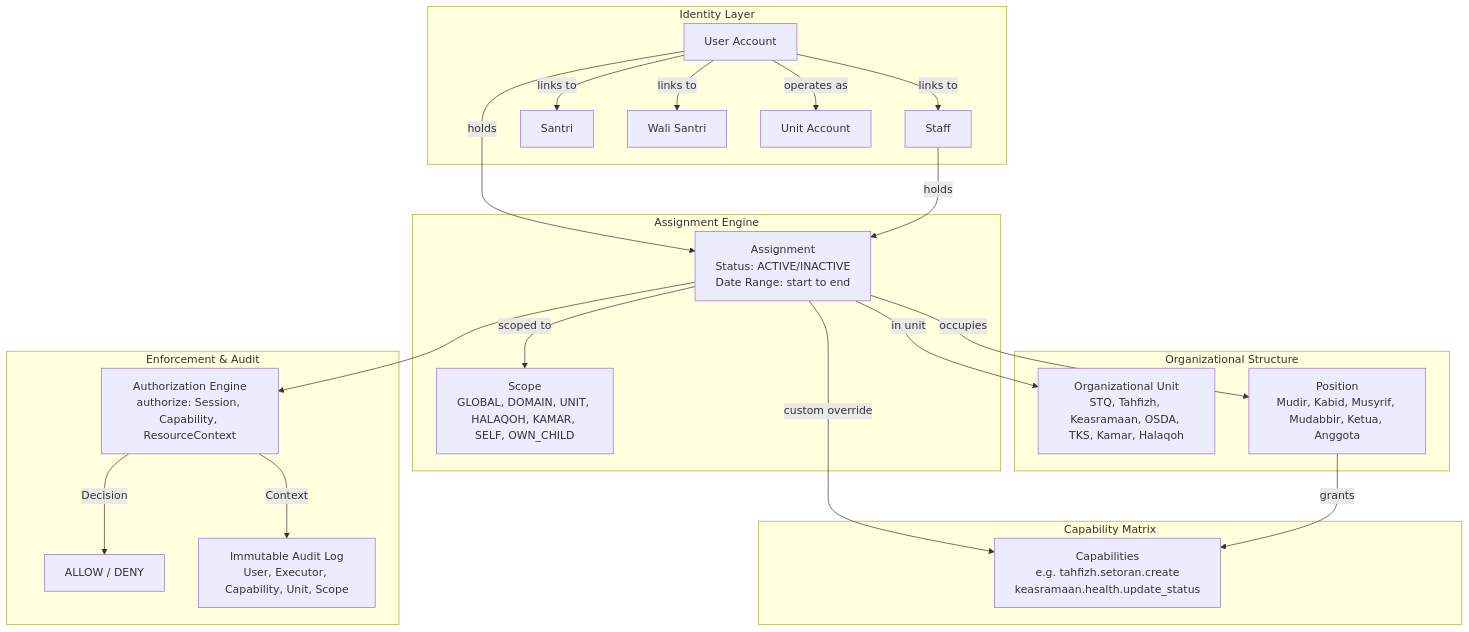
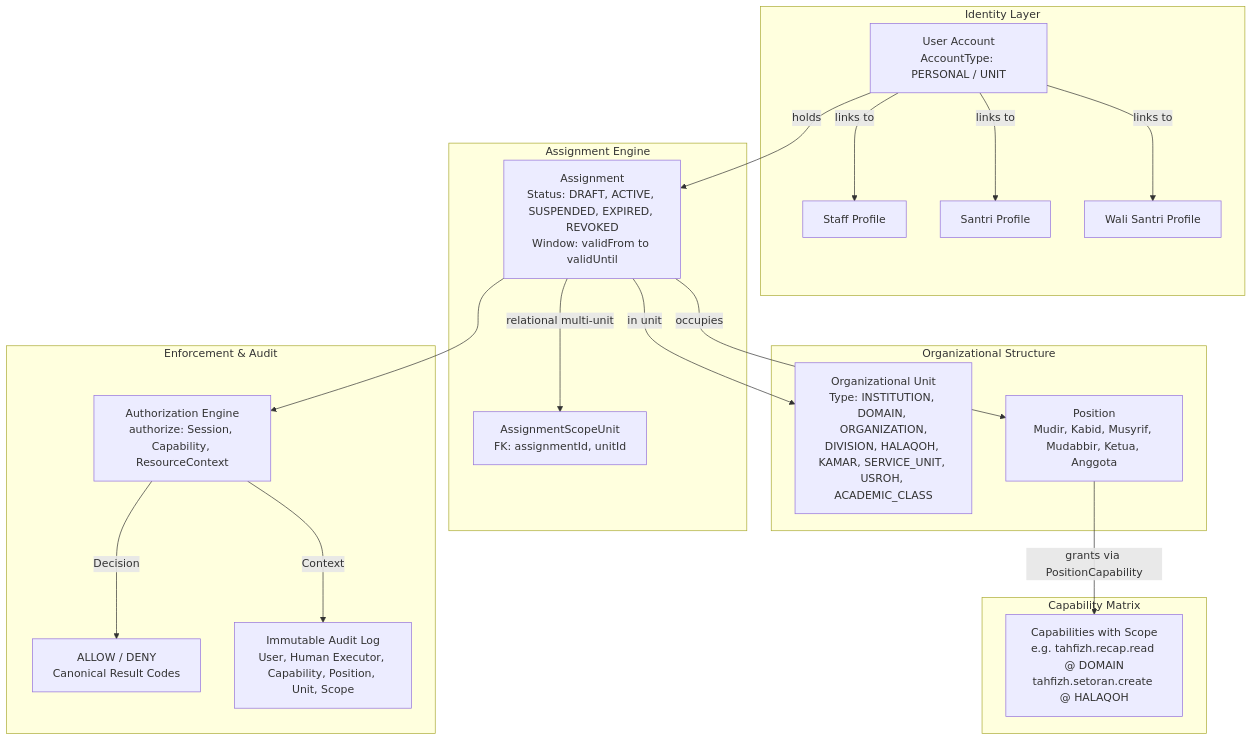
The diagram in docs/STQ_ARCHITECTURE_LOCK.md (abdngr23-pixel/stq-education-portal), drawn with Mermaid before and after one commit. The commit also changed other lines of this file and 10 other files, not shown here.

Commit message:
fix(arch): normalize STQ architecture lock contracts and separate business boundaries

````diff
--- a/docs/STQ_ARCHITECTURE_LOCK.md
+++ b/docs/STQ_ARCHITECTURE_LOCK.md
@@ -60,33 +63,30 @@
 ```mermaid
 graph TD
     subgraph Identity Layer
-        U[User Account] -->|links to| S[Staff]
-        U -->|links to| ST[Santri]
-        U -->|links to| W[Wali Santri]
-        U -->|operates as| UA[Unit Account]
+        U[User Account<br/>AccountType: PERSONAL / UNIT] -->|links to| S[Staff Profile]
+        U -->|links to| ST[Santri Profile]
+        U -->|links to| W[Wali Santri Profile]
     end
 
     subgraph Organizational Structure
-        OU[Organizational Unit<br/>STQ, Tahfizh, Keasramaan, OSDA, TKS, Kamar, Halaqoh]
+        OU[Organizational Unit<br/>Type: INSTITUTION, DOMAIN, ORGANIZATION,<br/>DIVISION, HALAQOH, KAMAR, SERVICE_UNIT, USROH, ACADEMIC_CLASS]
         POS[Position<br/>Mudir, Kabid, Musyrif, Mudabbir, Ketua, Anggota]
     end
 
     subgraph Assignment Engine
-        S -->|holds| ASN[Assignment<br/>Status: ACTIVE/INACTIVE<br/>Date Range: start to end]
-        U -->|holds| ASN
+        U -->|holds| ASN[Assignment<br/>Status: DRAFT, ACTIVE, SUSPENDED, EXPIRED, REVOKED<br/>Window: validFrom to validUntil]
         ASN -->|in unit| OU
         ASN -->|occupies| POS
-        ASN -->|scoped to| SCP[Scope<br/>GLOBAL, DOMAIN, UNIT, HALAQOH, KAMAR, SELF, OWN_CHILD]
+        ASN -->|relational multi-unit| ASU[AssignmentScopeUnit<br/>FK: assignmentId, unitId]
     end
 
     subgraph Capability Matrix
-        POS -->|grants| CAP[Capabilities<br/>e.g. tahfizh.setoran.create<br/>keasramaan.health.update_status]
-        ASN -->|custom override| CAP
+        POS -->|grants via PositionCapability| CAP[Capabilities with Scope<br/>e.g. tahfizh.recap.read @ DOMAIN<br/>tahfizh.setoran.create @ HALAQOH]
     end
 
     subgraph Enforcement & Audit
         ASN --> AUTH[Authorization Engine<br/>authorize: Session, Capability, ResourceContext]
-        AUTH -->|Decision| RES[ALLOW / DENY]
-        AUTH -->|Context| AUD[Immutable Audit Log<br/>User, Executor, Capability, Unit, Scope]
+        AUTH -->|Decision| RES[ALLOW / DENY<br/>Canonical Result Codes]
+        AUTH -->|Context| AUD[Immutable Audit Log<br/>User, Human Executor, Capability, Position, Unit, Scope]
     end
 ```
````
